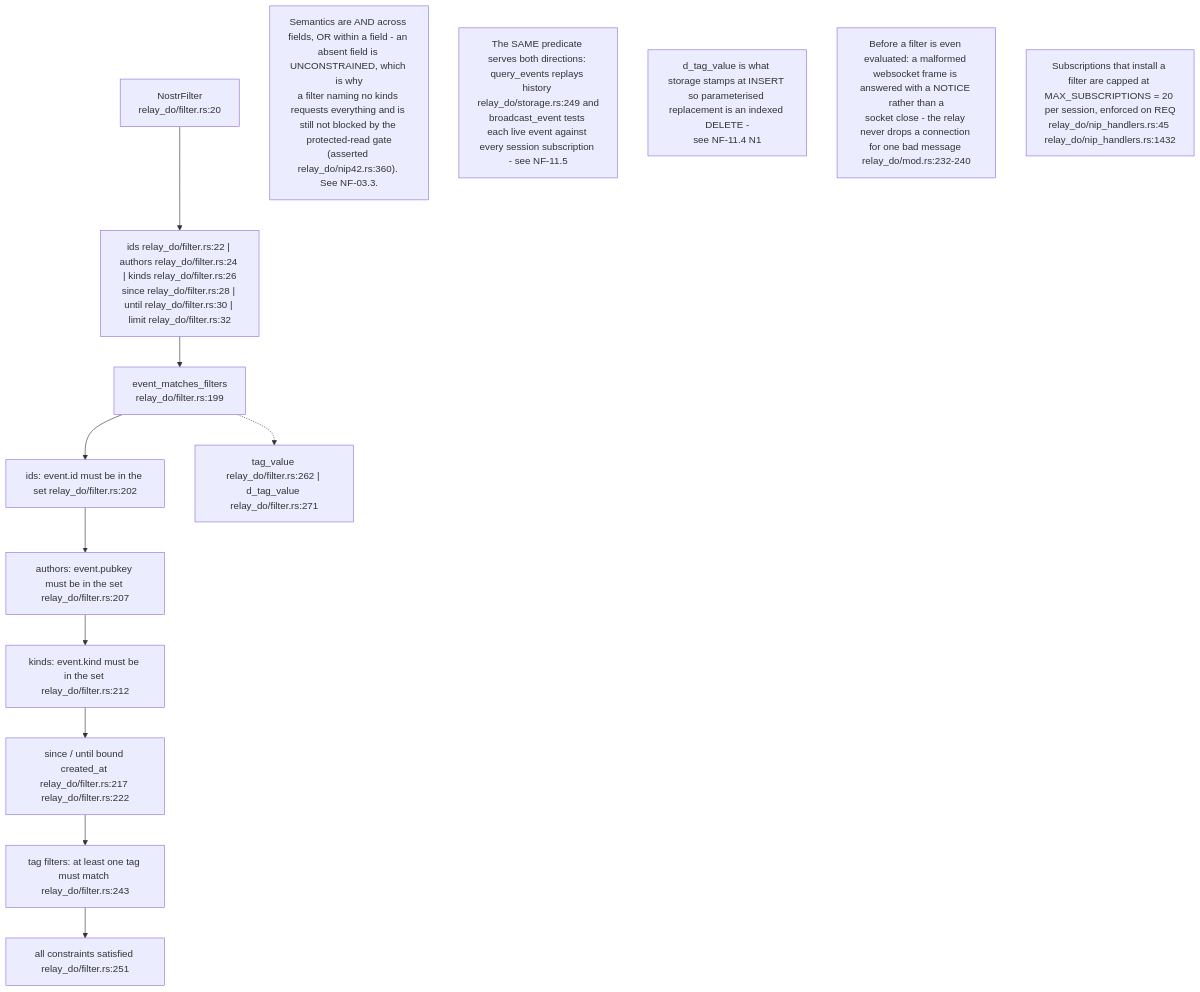
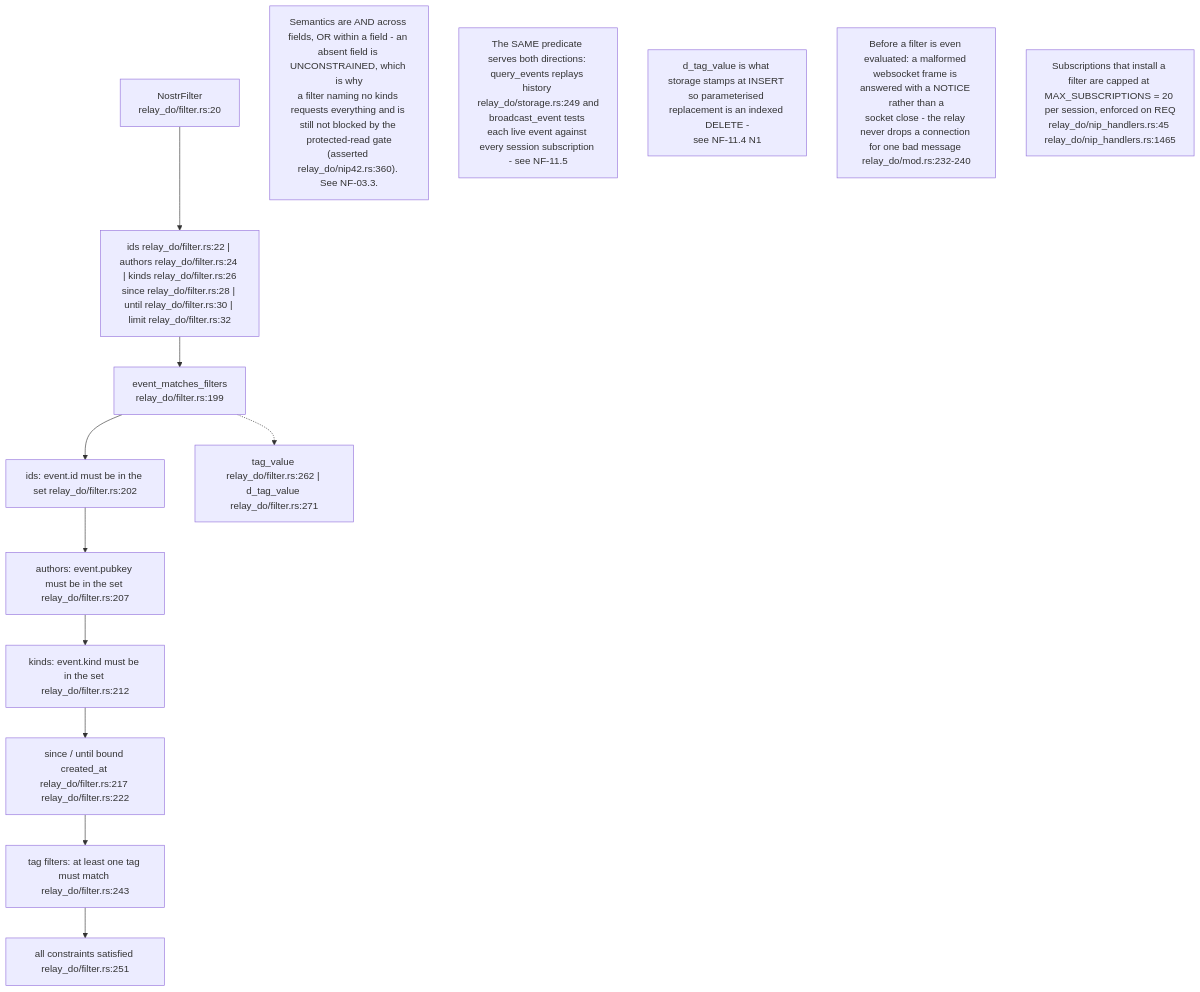
Before and after one commit to DreamLab-AI/VisionFlow: the fifth of 16 diagrams in docs/diagrams/nostr-rust-forum/11-relay-durable-object-internals.md, drawn with Mermaid. The commit also changed other lines of this file and 111 other files, not shown here.

Commit message:
docs(diagrams): align estate maps with current source

````diff
--- a/docs/diagrams/nostr-rust-forum/11-relay-durable-object-internals.md
+++ b/docs/diagrams/nostr-rust-forum/11-relay-durable-object-internals.md
@@ -156,23 +156,23 @@
 ```mermaid
 flowchart TB
     F["NostrFilter<br/>relay_do/filter.rs:20"]
     FLDS["ids relay_do/filter.rs:22 | authors relay_do/filter.rs:24 | kinds relay_do/filter.rs:26<br/>since relay_do/filter.rs:28 | until relay_do/filter.rs:30 | limit relay_do/filter.rs:32"]
     M["event_matches_filters<br/>relay_do/filter.rs:199"]
     C1["ids: event.id must be in the set relay_do/filter.rs:202"]
     C2["authors: event.pubkey must be in the set relay_do/filter.rs:207"]
     C3["kinds: event.kind must be in the set relay_do/filter.rs:212"]
     C4["since / until bound created_at relay_do/filter.rs:217 relay_do/filter.rs:222"]
     C5["tag filters: at least one tag must match relay_do/filter.rs:243"]
     OK["all constraints satisfied relay_do/filter.rs:251"]
     HELP["tag_value relay_do/filter.rs:262 | d_tag_value relay_do/filter.rs:271"]
 
     F --> FLDS --> M
     M --> C1 --> C2 --> C3 --> C4 --> C5 --> OK
     M -.-> HELP
 
     N1["Semantics are AND across fields, OR within a field - an absent field is UNCONSTRAINED, which is why<br/>a filter naming no kinds requests everything and is still not blocked by the protected-read gate<br/>(asserted relay_do/nip42.rs:360). See NF-03.3."]
     N2["The SAME predicate serves both directions: query_events replays history relay_do/storage.rs:249 and<br/>broadcast_event tests each live event against every session subscription - see NF-11.5"]
     N3["d_tag_value is what storage stamps at INSERT so parameterised replacement is an indexed DELETE -<br/>see NF-11.4 N1"]
     N4["Before a filter is even evaluated: a malformed websocket frame is answered with a NOTICE rather than a<br/>socket close - the relay never drops a connection for one bad message relay_do/mod.rs:232-240"]
-    N5["Subscriptions that install a filter are capped at MAX_SUBSCRIPTIONS = 20 per session, enforced on REQ<br/>relay_do/nip_handlers.rs:45 relay_do/nip_handlers.rs:1432"]
+    N5["Subscriptions that install a filter are capped at MAX_SUBSCRIPTIONS = 20 per session, enforced on REQ<br/>relay_do/nip_handlers.rs:45 relay_do/nip_handlers.rs:1465"]
 ```
````
